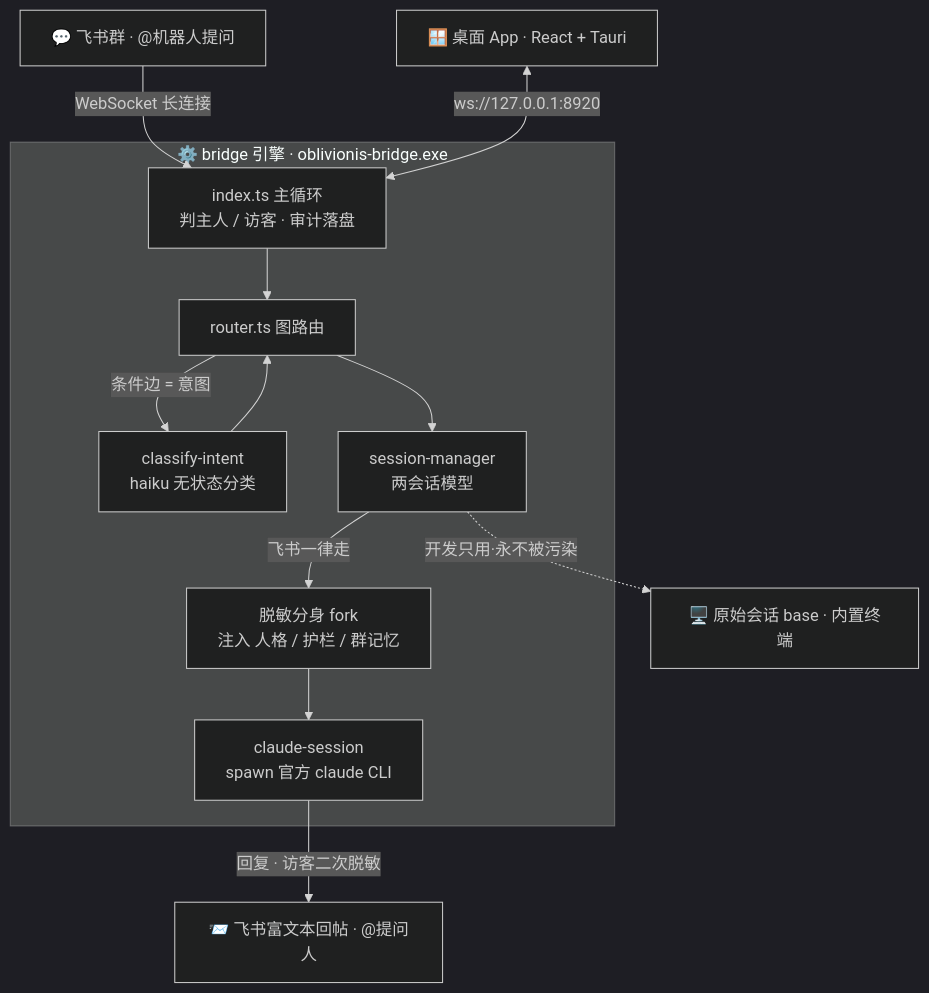
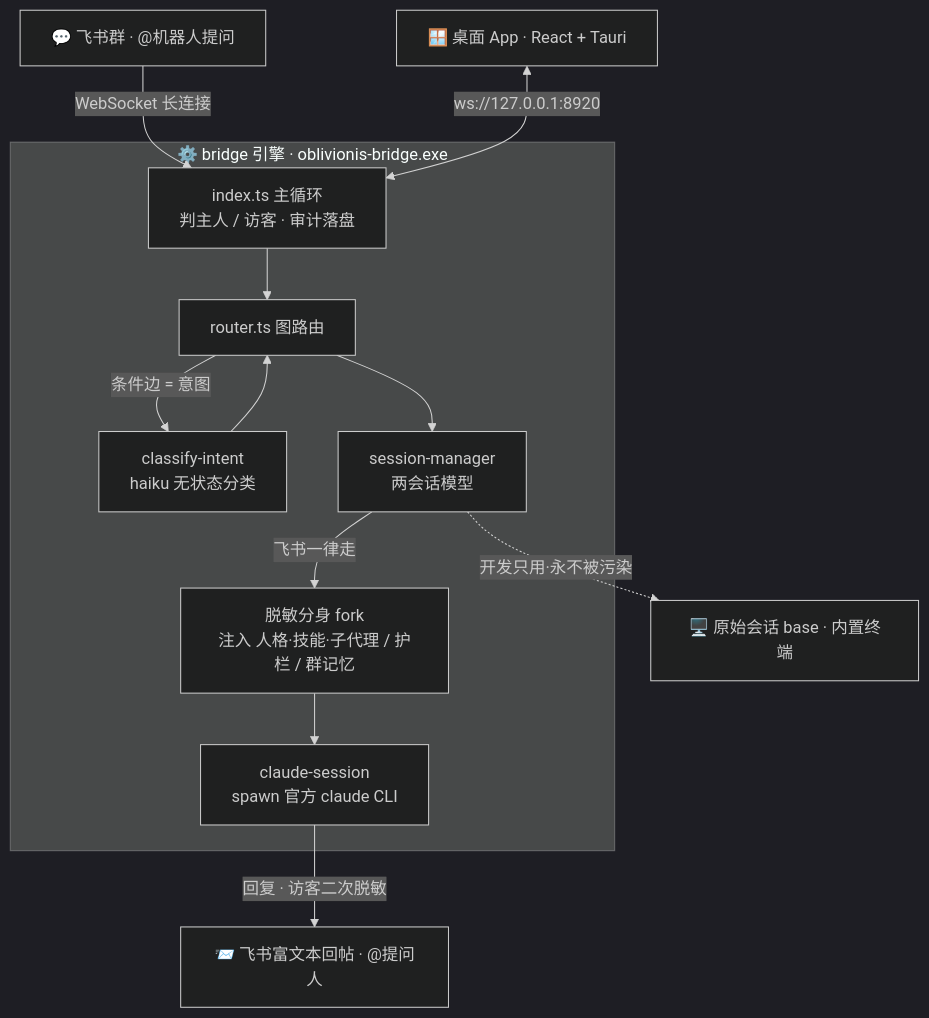
One commit to RudAns/OblivionisAgent changed the first of 3 diagrams in README.md. Above: the diagram before and after it, drawn with Mermaid (dark theme). The commit also changed other lines of this file, not shown here.

````diff
--- a/README.md
+++ b/README.md
@@ -78,16 +78,16 @@
 ```mermaid
 flowchart TD
     A["💬 飞书群 · @机器人提问"]
     subgraph BR["⚙️ bridge 引擎 · oblivionis-bridge.exe"]
         B["index.ts 主循环<br/>判主人 / 访客 · 审计落盘"] --> C["router.ts 图路由"]
         C -->|"条件边 = 意图"| D["classify-intent<br/>haiku 无状态分类"]
         D --> C
         C --> E["session-manager<br/>两会话模型"]
-        E -->|"飞书一律走"| F["脱敏分身 fork<br/>注入 人格 / 护栏 / 群记忆"]
+        E -->|"飞书一律走"| F["脱敏分身 fork<br/>注入 人格·技能·子代理 / 护栏 / 群记忆"]
         F --> G["claude-session<br/>spawn 官方 claude CLI"]
     end
     A -->|"WebSocket 长连接"| B
     G -->|"回复 · 访客二次脱敏"| H["📨 飞书富文本回帖 · @提问人"]
     E -.->|"开发只用·永不被污染"| I["🖥️ 原始会话 base · 内置终端"]
     GUI["🪟 桌面 App · React + Tauri"] <-->|"ws://127.0.0.1:8920"| B
 ```
````
